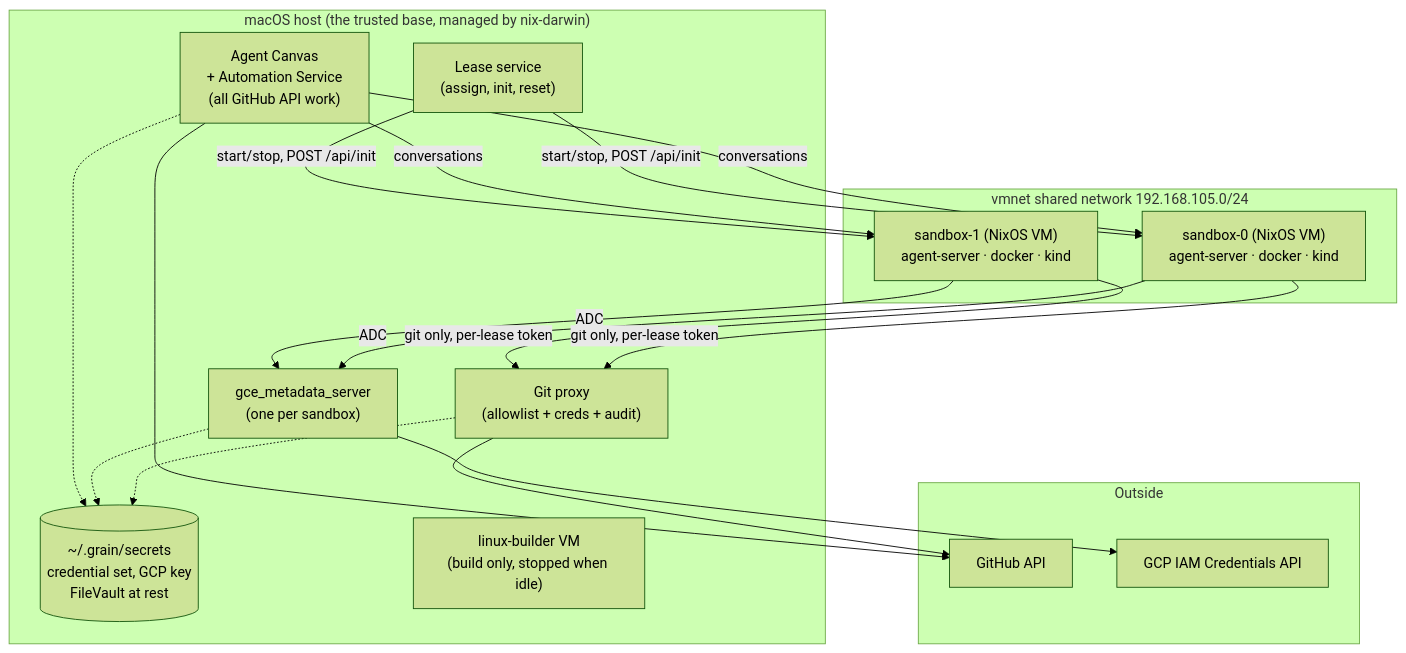
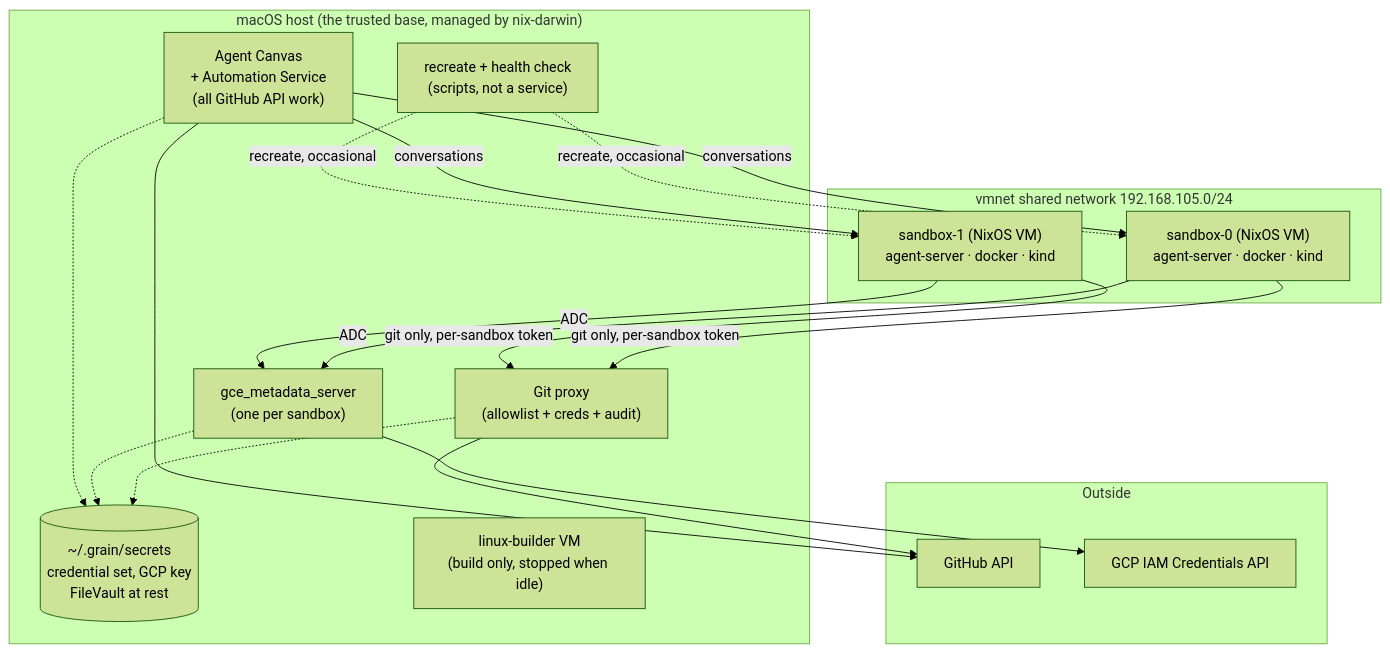
The diagram in docs/design.md (bwsalmon/grain), drawn with Mermaid (forest theme) before and after one commit. The commit also changed other lines of this file, not shown here.

````diff
--- a/docs/design.md
+++ b/docs/design.md
@@ -70,38 +77,38 @@
 ```mermaid
 flowchart TB
     subgraph outside["Outside"]
         gh["GitHub API"]
         gcp["GCP IAM Credentials API"]
     end
 
     subgraph mac["macOS host (the trusted base, managed by nix-darwin)"]
         canvas["Agent Canvas<br/>+ Automation Service<br/>(all GitHub API work)"]
-        lease["Lease service<br/>(assign, init, reset)"]
+        scripts["recreate + health check<br/>(scripts, not a service)"]
         proxy["Git proxy<br/>(allowlist + creds + audit)"]
         mds["gce_metadata_server<br/>(one per sandbox)"]
         secrets[("~/.grain/secrets<br/>credential set, GCP key<br/>FileVault at rest")]
         builder["linux-builder VM<br/>(build only, stopped when idle)"]
     end
 
     subgraph vmnet["vmnet shared network 192.168.105.0/24"]
         sb0["sandbox-0 (NixOS VM)<br/>agent-server · docker · kind"]
         sb1["sandbox-1 (NixOS VM)<br/>agent-server · docker · kind"]
     end
 
     canvas -->|"conversations"| sb0
     canvas -->|"conversations"| sb1
-    lease -->|"start/stop, POST /api/init"| sb0
-    lease -->|"start/stop, POST /api/init"| sb1
+    scripts -.->|"recreate, occasional"| sb0
+    scripts -.->|"recreate, occasional"| sb1
 
-    sb0 -->|"git only, per-lease token"| proxy
-    sb1 -->|"git only, per-lease token"| proxy
+    sb0 -->|"git only, per-sandbox token"| proxy
+    sb1 -->|"git only, per-sandbox token"| proxy
     sb0 -->|"ADC"| mds
     sb1 -->|"ADC"| mds
 
     proxy --> gh
     canvas --> gh
     mds --> gcp
     proxy -.-> secrets
     mds -.-> secrets
     canvas -.-> secrets
 ```
````
